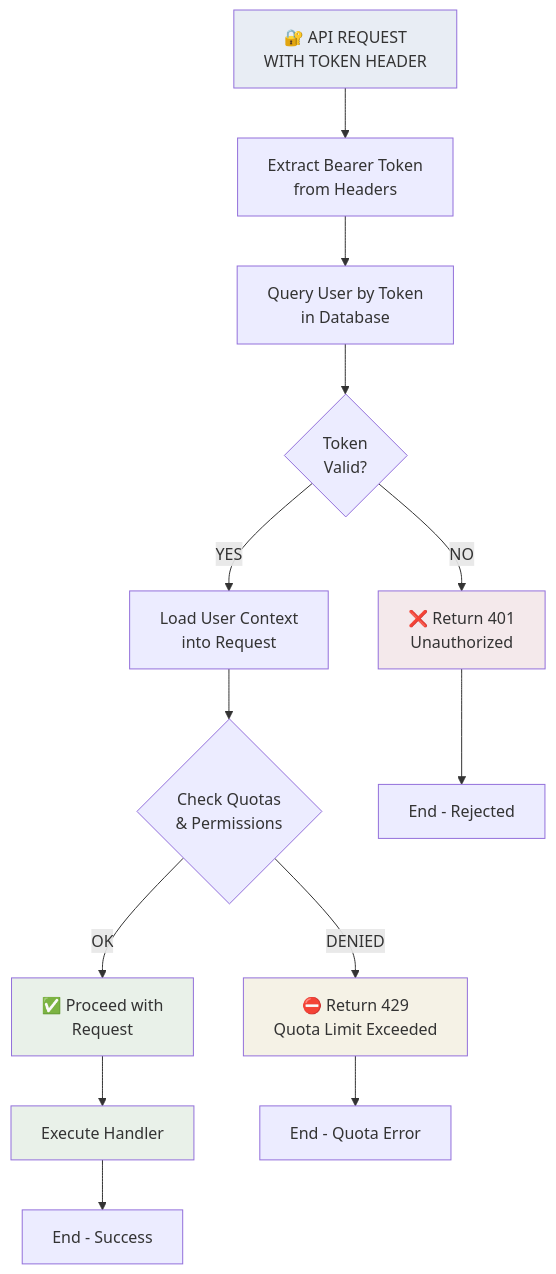
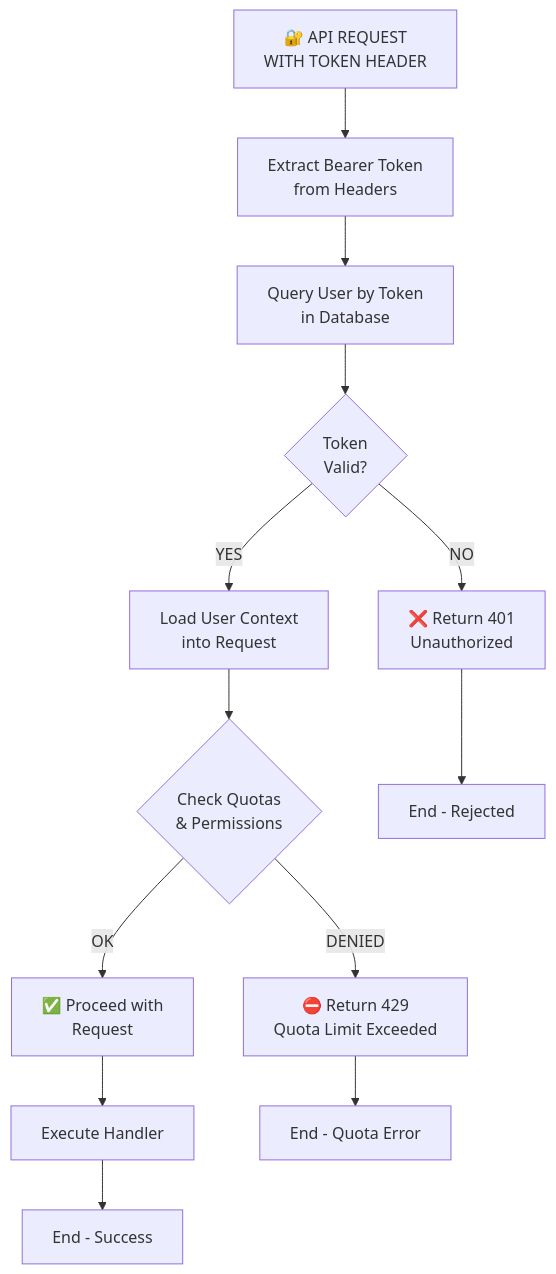
The seventh of 8 diagrams in README.md (Sumit0ubey/MailAPIX), drawn with Mermaid before and after one commit. The commit also changed other lines of this file and 1 other file, not shown here.

````diff
--- a/README.md
+++ b/README.md
@@ -363,25 +358,21 @@
 ```mermaid
+%%{init: {'themeCSS': '.cluster rect, .node rect, .node circle, .node ellipse, .node polygon, .edgeLabel rect, .actor, .labelBox, .note, .entityBox, .attributeBoxOdd, .attributeBoxEven, .er.entityBox, .er.attributeBoxOdd, .er.attributeBoxEven { fill: transparent !important; }'}}%%
 flowchart TD
     Start["🔐 API REQUEST<br/>WITH TOKEN HEADER"] --> Extract["Extract Bearer Token<br/>from Headers"]
     Extract --> Query["Query User by Token<br/>in Database"]
     Query --> Check{Token<br/>Valid?}
     
     Check -->|YES| Load["Load User Context<br/>into Request"]
     Check -->|NO| Reject["❌ Return 401<br/>Unauthorized"]
     
     Load --> CheckQuota{Check Quotas<br/>& Permissions}
     
     CheckQuota -->|OK| Proceed["✅ Proceed with<br/>Request"]
     CheckQuota -->|DENIED| QuotaError["⛔ Return 429<br/>Quota Limit Exceeded"]
     
     Proceed --> Success["Execute Handler"]
     Reject --> End1["End - Rejected"]
     QuotaError --> End2["End - Quota Error"]
     Success --> End3["End - Success"]
     
-    style Start fill:#e8edf4
-    style Proceed fill:#e9f1e9
-    style Reject fill:#f4e9eb
-    style QuotaError fill:#f5f2e6
-    style Success fill:#e9f1e9
 ```
````
